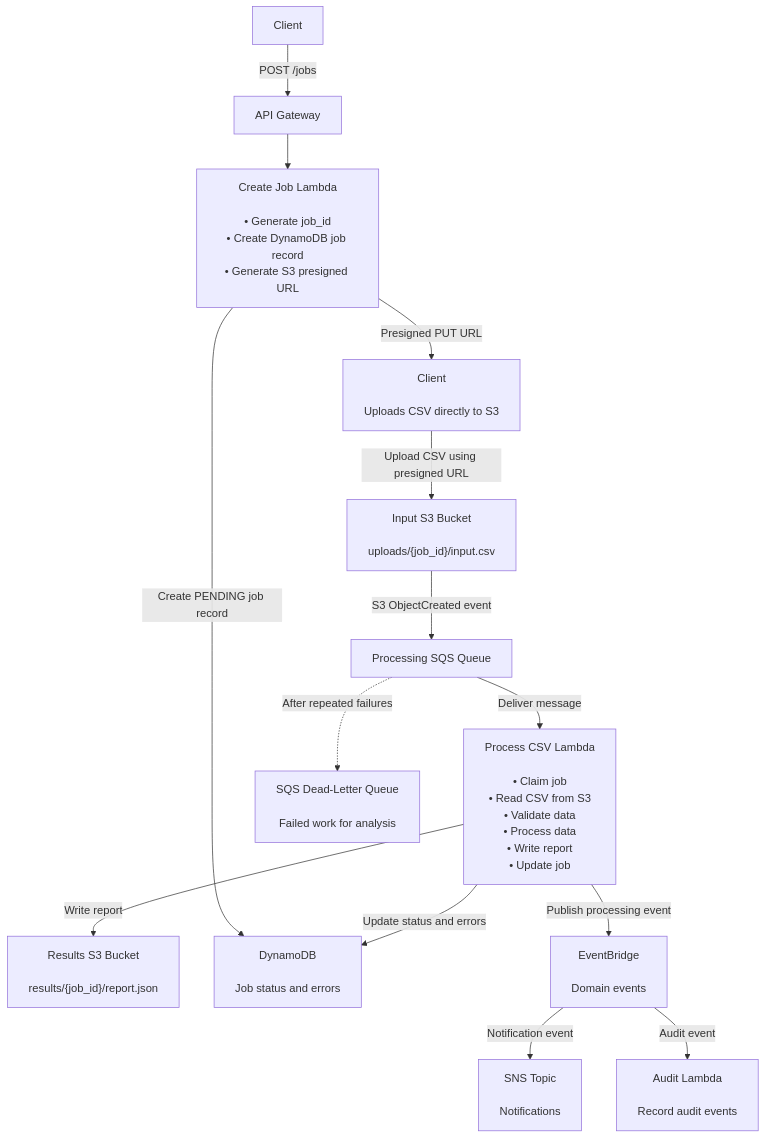
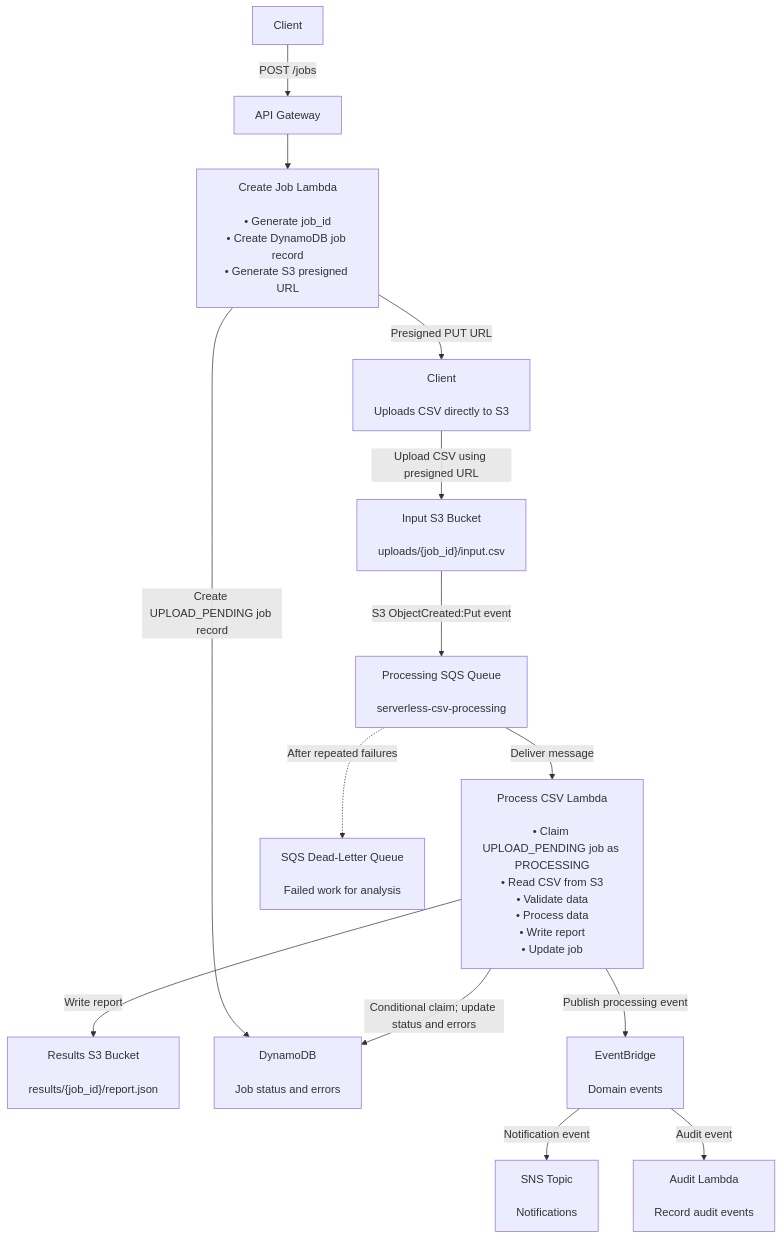
One commit to shahwar-coder/AWS-Serverless-CSV-Processing-Platform changed the diagram in docs/architecture.mmd. Above: the diagram before and after it, drawn with Mermaid. The commit also changed 44 other files, not shown here.

```diff
--- a/docs/architecture.mmd
+++ b/docs/architecture.mmd
@@ -1,33 +1,36 @@
 flowchart TD
     ClientRequest["Client"]
     APIGateway["API Gateway"]
     CreateJobLambda["Create Job Lambda<br/><br/>• Generate job_id<br/>• Create DynamoDB job record<br/>• Generate S3 presigned URL"]
     ClientUpload["Client<br/><br/>Uploads CSV directly to S3"]
     InputBucket["Input S3 Bucket<br/><br/>uploads/{job_id}/input.csv"]
-    ProcessingQueue["Processing SQS Queue"]
-    ProcessLambda["Process CSV Lambda<br/><br/>• Claim job<br/>• Read CSV from S3<br/>• Validate data<br/>• Process data<br/>• Write report<br/>• Update job"]
+    ProcessingQueue["Processing SQS Queue<br/><br/>serverless-csv-processing"]
+    ProcessLambda["Process CSV Lambda<br/><br/>• Claim UPLOAD_PENDING job as PROCESSING<br/>• Read CSV from S3<br/>• Validate data<br/>• Process data<br/>• Write report<br/>• Update job"]
     DeadLetterQueue["SQS Dead-Letter Queue<br/><br/>Failed work for analysis"]
     ResultsBucket["Results S3 Bucket<br/><br/>results/{job_id}/report.json"]
     DynamoDB["DynamoDB<br/><br/>Job status and errors"]
     EventBridge["EventBridge<br/><br/>Domain events"]
     SNSTopic["SNS Topic<br/><br/>Notifications"]
     AuditLambda["Audit Lambda<br/><br/>Record audit events"]
 
     ClientRequest -->|"POST /jobs"| APIGateway
     APIGateway --> CreateJobLambda
 
     CreateJobLambda -->|"Presigned PUT URL"| ClientUpload
-    CreateJobLambda -->|"Create PENDING job record"| DynamoDB
+    CreateJobLambda -->|"Create UPLOAD_PENDING job record"| DynamoDB
 
     ClientUpload -->|"Upload CSV using presigned URL"| InputBucket
-    InputBucket -->|"S3 ObjectCreated event"| ProcessingQueue
+    InputBucket -->|"S3 ObjectCreated:Put event"| ProcessingQueue
 
     ProcessingQueue -->|"Deliver message"| ProcessLambda
     ProcessingQueue -.->|"After repeated failures"| DeadLetterQueue
 
     ProcessLambda -->|"Write report"| ResultsBucket
-    ProcessLambda -->|"Update status and errors"| DynamoDB
+    ProcessLambda -->|"Conditional claim; update status and errors"| DynamoDB
     ProcessLambda -->|"Publish processing event"| EventBridge
 
     EventBridge -->|"Notification event"| SNSTopic
     EventBridge -->|"Audit event"| AuditLambda
+
+    %% UPLOAD_PENDING remains until the worker acknowledges the upload by claiming the job.
+    %% S3-to-SQS delivery does not create a QUEUED job state.
```
